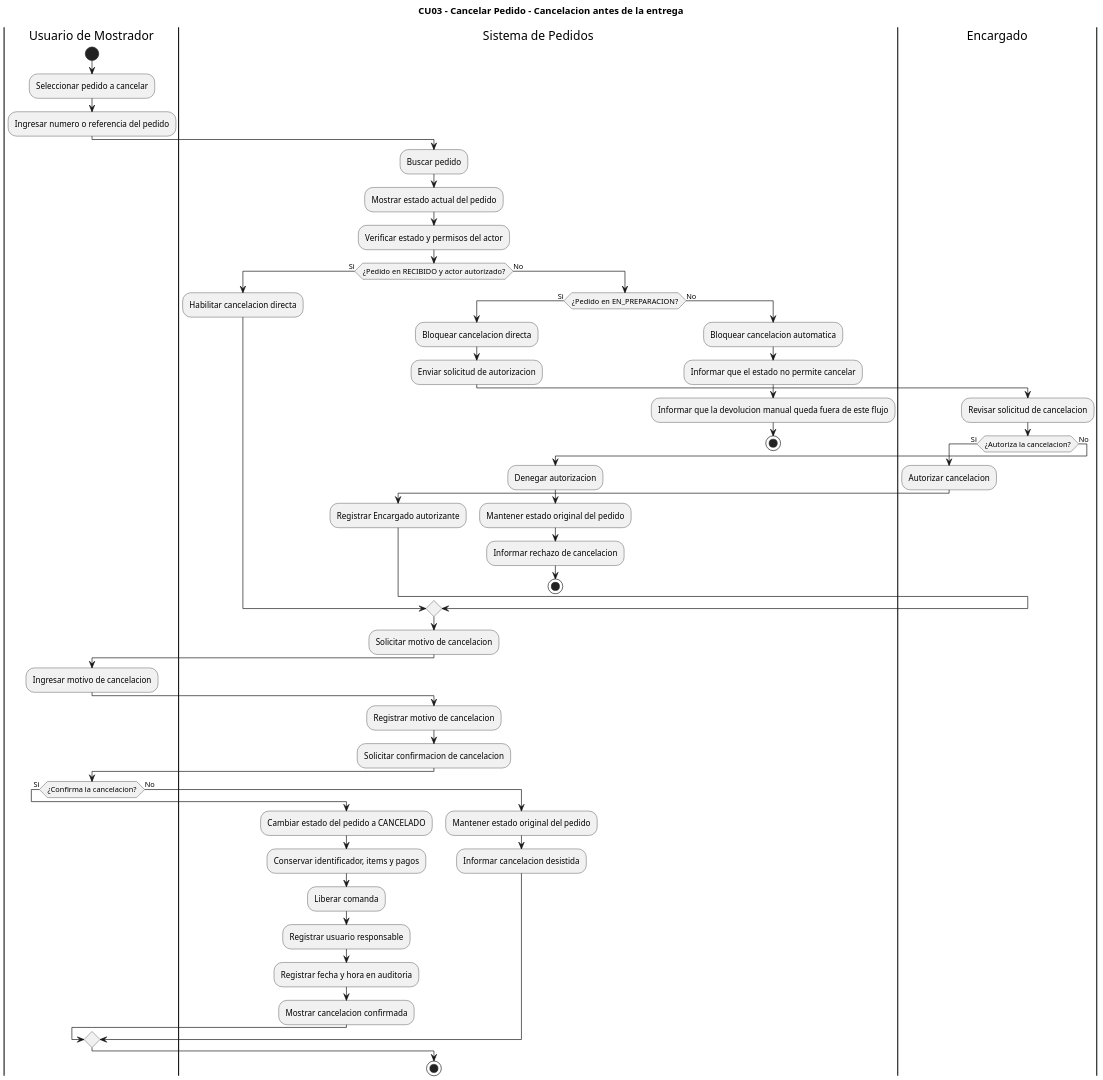
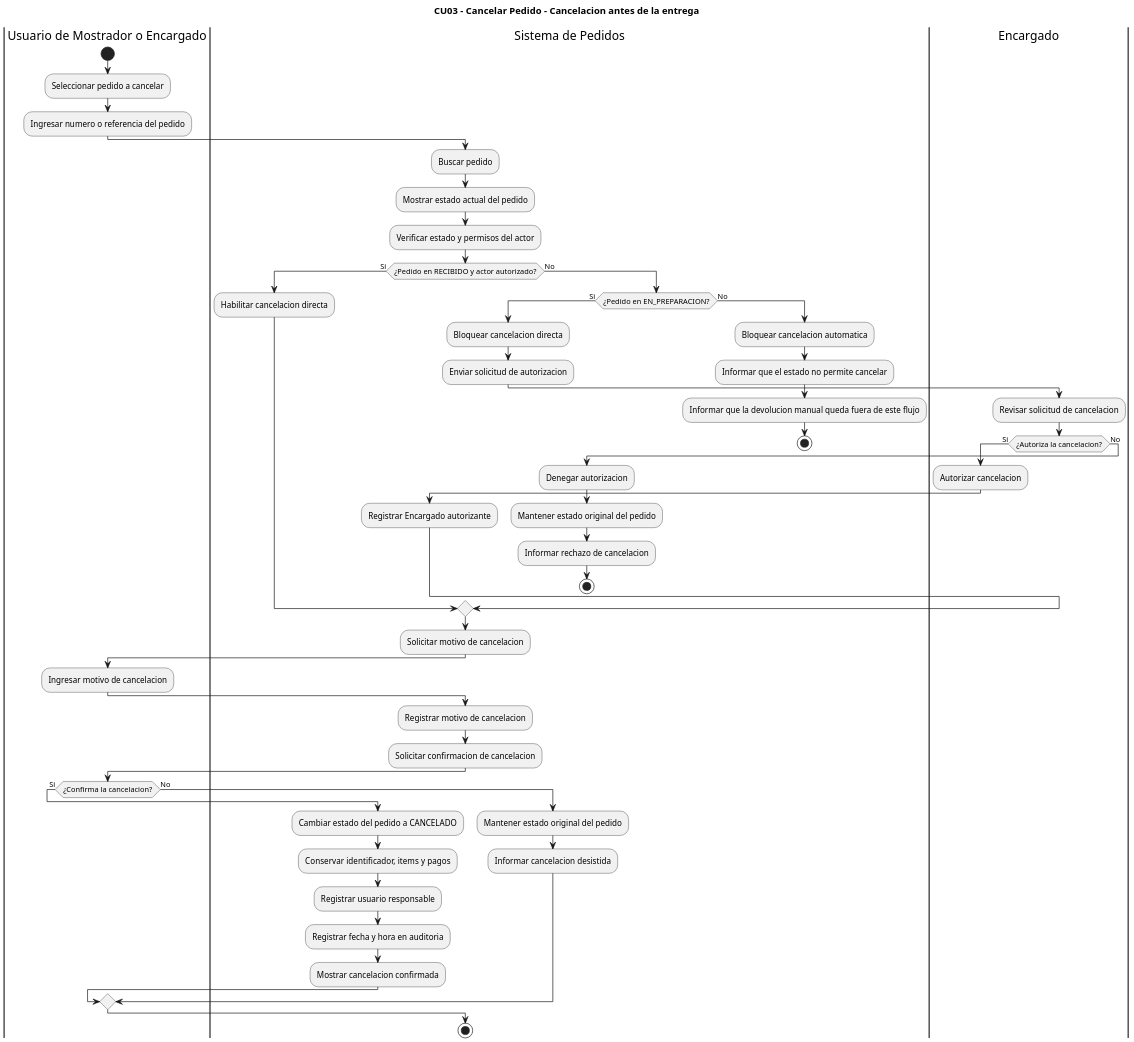
One commit to eloeyhe/SistemaPedidos changed the diagram in diagramas/04-diagramas-actividades/04-actividad-cancelar-pedido-03.puml. Above: the diagram before and after it, drawn with PlantUML. The commit also changed 2 other files, not shown here.

Commit message:
Unifico iniciadores, motivo y comanda entre los artefactos de CU03

```diff
--- a/diagramas/04-diagramas-actividades/04-actividad-cancelar-pedido-03.puml
+++ b/diagramas/04-diagramas-actividades/04-actividad-cancelar-pedido-03.puml
@@ -1,70 +1,69 @@
 @startuml
 title CU03 - Cancelar Pedido - Cancelacion antes de la entrega
 skinparam dpi 150
 skinparam shadowing false
 
-|Usuario de Mostrador|
+|Usuario de Mostrador o Encargado|
 start
 :Seleccionar pedido a cancelar;
 :Ingresar numero o referencia del pedido;
 
 |Sistema de Pedidos|
 :Buscar pedido;
 :Mostrar estado actual del pedido;
 :Verificar estado y permisos del actor;
 
 if (¿Pedido en RECIBIDO y actor autorizado?) then (Si)
   :Habilitar cancelacion directa;
 else (No)
   if (¿Pedido en EN_PREPARACION?) then (Si)
     :Bloquear cancelacion directa;
     :Enviar solicitud de autorizacion;
     |Encargado|
     :Revisar solicitud de cancelacion;
     if (¿Autoriza la cancelacion?) then (Si)
       :Autorizar cancelacion;
       |Sistema de Pedidos|
       :Registrar Encargado autorizante;
     else (No)
       :Denegar autorizacion;
       |Sistema de Pedidos|
       :Mantener estado original del pedido;
       :Informar rechazo de cancelacion;
       stop
     endif
   else (No)
     :Bloquear cancelacion automatica;
     :Informar que el estado no permite cancelar;
     :Informar que la devolucion manual queda fuera de este flujo;
     stop
   endif
 endif
 
 |Sistema de Pedidos|
 :Solicitar motivo de cancelacion;
 
-|Usuario de Mostrador|
+|Usuario de Mostrador o Encargado|
 :Ingresar motivo de cancelacion;
 
 |Sistema de Pedidos|
 :Registrar motivo de cancelacion;
 :Solicitar confirmacion de cancelacion;
 
-|Usuario de Mostrador|
+|Usuario de Mostrador o Encargado|
 if (¿Confirma la cancelacion?) then (Si)
   |Sistema de Pedidos|
 :Cambiar estado del pedido a CANCELADO;
 :Conservar identificador, items y pagos;
-:Liberar comanda;
 :Registrar usuario responsable;
 :Registrar fecha y hora en auditoria;
 :Mostrar cancelacion confirmada;
 
 else (No)
   |Sistema de Pedidos|
   :Mantener estado original del pedido;
   :Informar cancelacion desistida;
 endif
 
 stop
 @enduml
```
